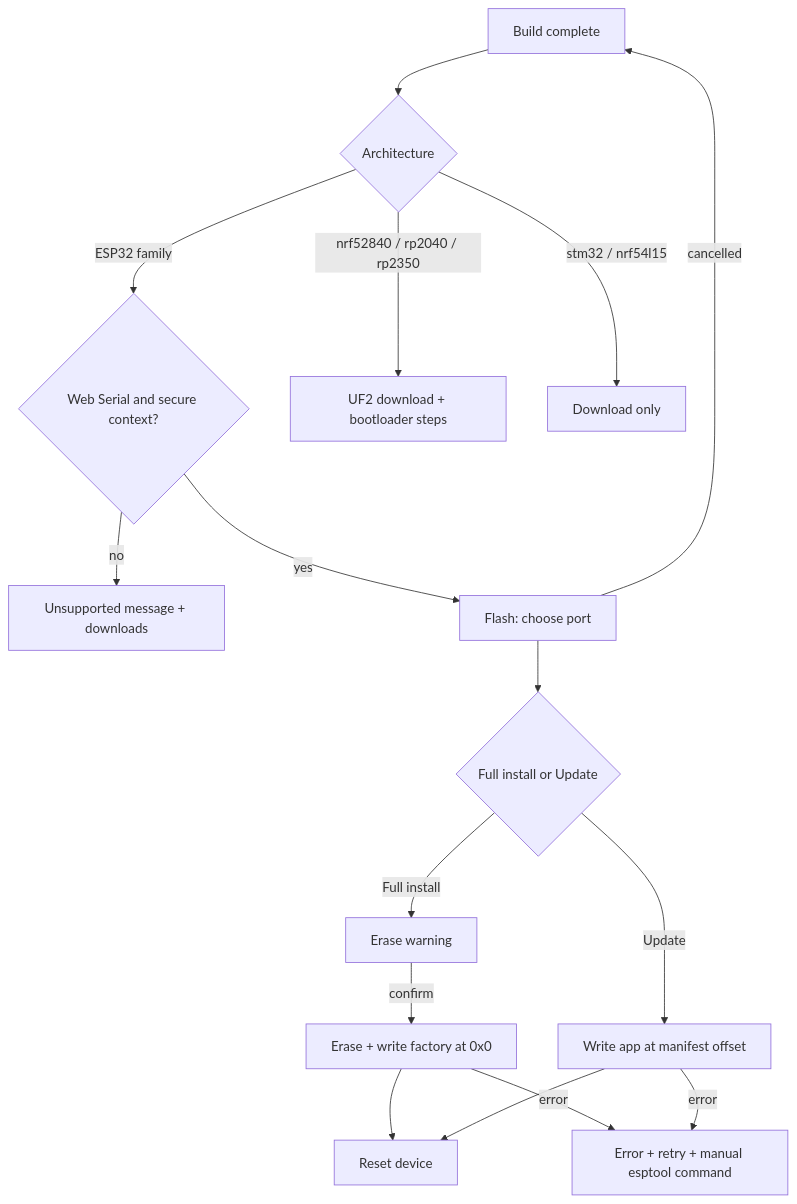
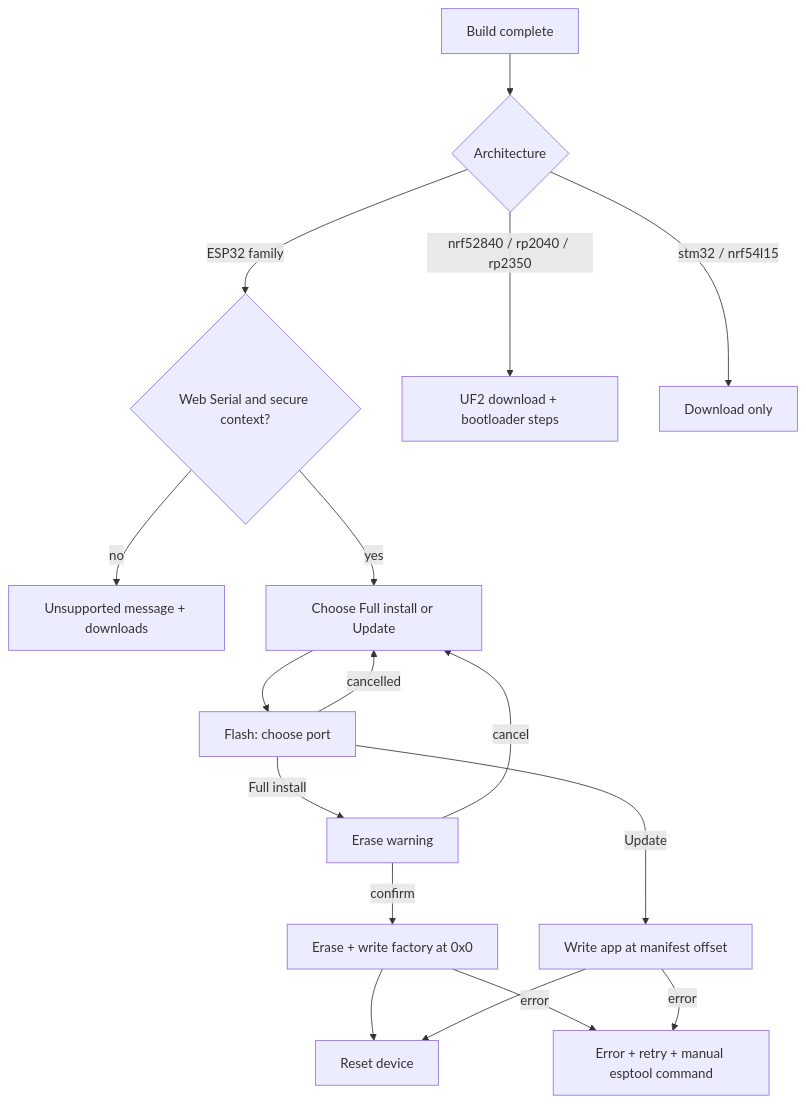
Before and after one commit to Crank-Git/MTFWBuilder: the diagram in docs/specs/features/13-browser-flashing.md, drawn with Mermaid. The commit also changed other lines of this file and 2 other files, not shown here.

First line of the commit message:
docs: match the browser flashing spec to flash.js (#72) [skip ci]

````diff
--- a/docs/specs/features/13-browser-flashing.md
+++ b/docs/specs/features/13-browser-flashing.md
@@ -52,18 +52,19 @@
 ```mermaid
 flowchart TD
   A[Build complete] --> B{Architecture}
   B -->|ESP32 family| C{Web Serial and secure context?}
   B -->|nrf52840 / rp2040 / rp2350| U[UF2 download + bootloader steps]
   B -->|stm32 / nrf54l15| DL[Download only]
   C -->|no| N[Unsupported message + downloads]
-  C -->|yes| D[Flash: choose port]
-  D -->|cancelled| A
-  D --> E{Full install or Update}
-  E -->|Full install| W[Erase warning]
+  C -->|yes| E[Choose Full install or Update]
+  E --> D[Flash: choose port]
+  D -->|cancelled| E
+  D -->|Full install| W[Erase warning]
   W -->|confirm| F[Erase + write factory at 0x0]
-  E -->|Update| G[Write app at manifest offset]
+  W -->|cancel| E
+  D -->|Update| G[Write app at manifest offset]
   F --> H[Reset device]
   G --> H
   F -->|error| X[Error + retry + manual esptool command]
   G -->|error| X
 ```
````
